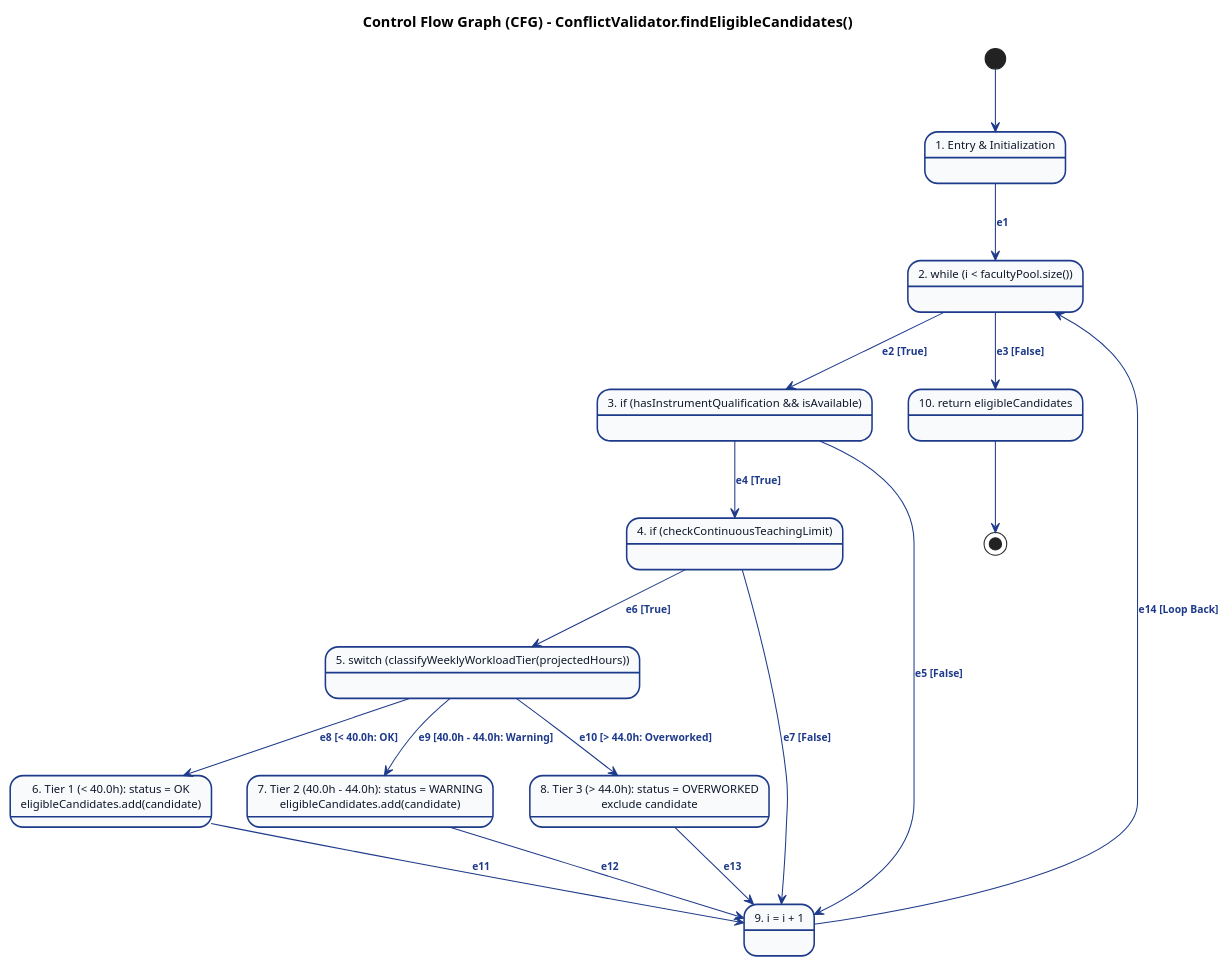
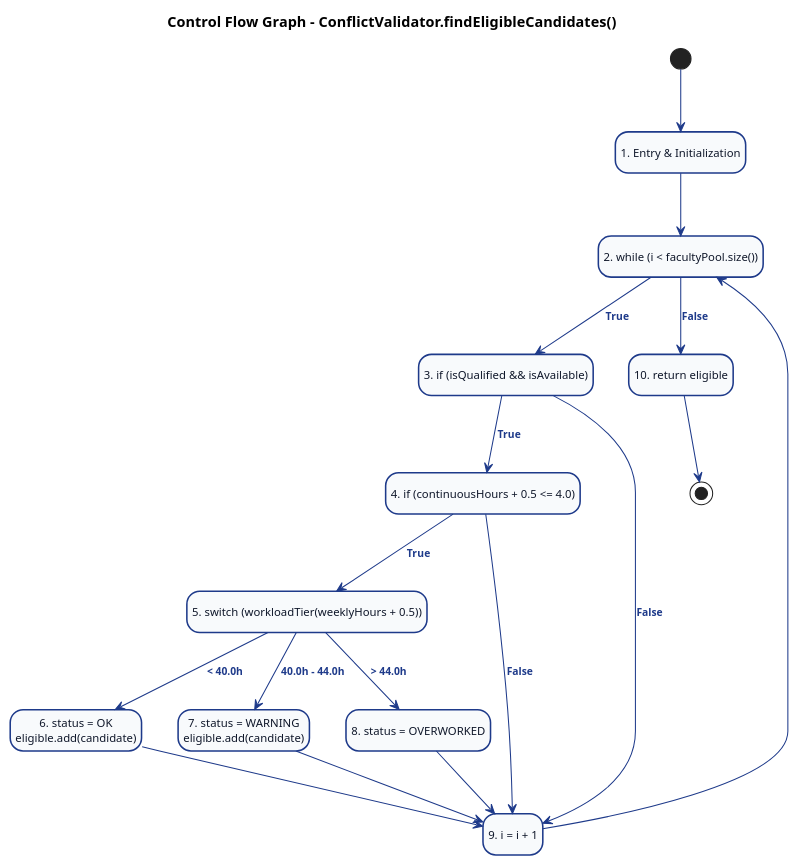
Before and after one commit to adoreblvnk/2001temp: the diagram in report/assets/m2/whitebox_cfg.puml, drawn with PlantUML. The commit also changed 3 other files, not shown here.

```diff
--- a/report/assets/m2/whitebox_cfg.puml
+++ b/report/assets/m2/whitebox_cfg.puml
@@ -1,51 +1,52 @@
 @startuml whitebox_cfg
+hide empty description
 skinparam shadowing false
 skinparam defaultFontName "Helvetica", "Arial", sans-serif
 skinparam defaultFontSize 11
 
 skinparam state {
     BackgroundColor #F8FAFC
     BorderColor #1E3A8A
     BorderThickness 1.5
     FontColor #0F172A
     FontSize 11
 }
 
 skinparam arrow {
     Color #1E3A8A
     FontColor #1E3A8A
     FontSize 10
     FontStyle bold
 }
 
-title Control Flow Graph (CFG) - ConflictValidator.findEligibleCandidates()
+title Control Flow Graph - ConflictValidator.findEligibleCandidates()
 
 state "1. Entry & Initialization" as N1
 state "2. while (i < facultyPool.size())" as N2
-state "3. if (hasInstrumentQualification && isAvailable)" as N3
-state "4. if (checkContinuousTeachingLimit)" as N4
-state "5. switch (classifyWeeklyWorkloadTier(projectedHours))" as N5
-state "6. Tier 1 (< 40.0h): status = OK\neligibleCandidates.add(candidate)" as N6
-state "7. Tier 2 (40.0h - 44.0h): status = WARNING\neligibleCandidates.add(candidate)" as N7
-state "8. Tier 3 (> 44.0h): status = OVERWORKED\nexclude candidate" as N8
+state "3. if (isQualified && isAvailable)" as N3
+state "4. if (continuousHours + 0.5 <= 4.0)" as N4
+state "5. switch (workloadTier(weeklyHours + 0.5))" as N5
+state "6. status = OK\neligible.add(candidate)" as N6
+state "7. status = WARNING\neligible.add(candidate)" as N7
+state "8. status = OVERWORKED" as N8
 state "9. i = i + 1" as N9
-state "10. return eligibleCandidates" as N10
+state "10. return eligible" as N10
 
 [*] --> N1
-N1 --> N2 : e1
-N2 --> N3 : e2 [True]
-N2 --> N10 : e3 [False]
-N3 --> N4 : e4 [True]
-N3 --> N9 : e5 [False]
-N4 --> N5 : e6 [True]
-N4 --> N9 : e7 [False]
-N5 --> N6 : e8 [< 40.0h: OK]
-N5 --> N7 : e9 [40.0h - 44.0h: Warning]
-N5 --> N8 : e10 [> 44.0h: Overworked]
-N6 --> N9 : e11
-N7 --> N9 : e12
-N8 --> N9 : e13
-N9 --> N2 : e14 [Loop Back]
+N1 --> N2
+N2 --> N3 : True
+N2 --> N10 : False
+N3 --> N4 : True
+N3 --> N9 : False
+N4 --> N5 : True
+N4 --> N9 : False
+N5 --> N6 : < 40.0h
+N5 --> N7 : 40.0h - 44.0h
+N5 --> N8 : > 44.0h
+N6 --> N9
+N7 --> N9
+N8 --> N9
+N9 --> N2
 N10 --> [*]
 
 @enduml
```
